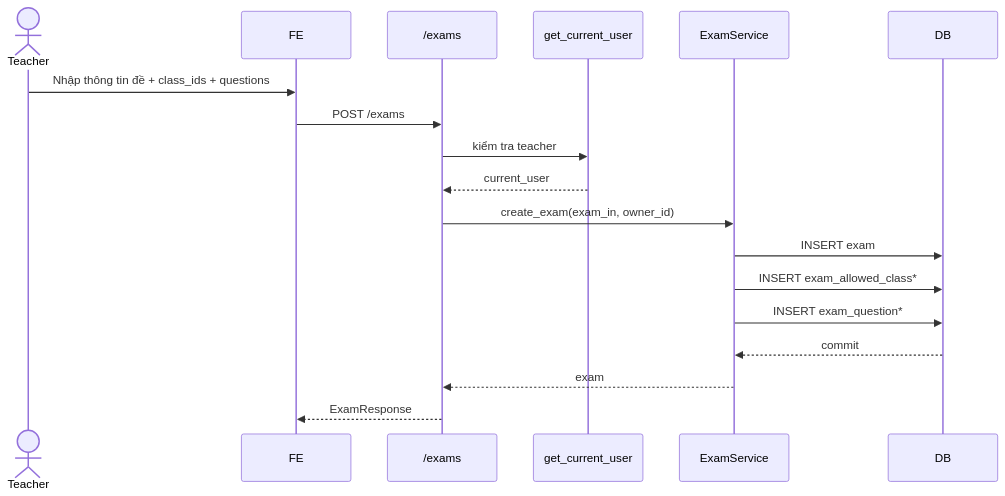
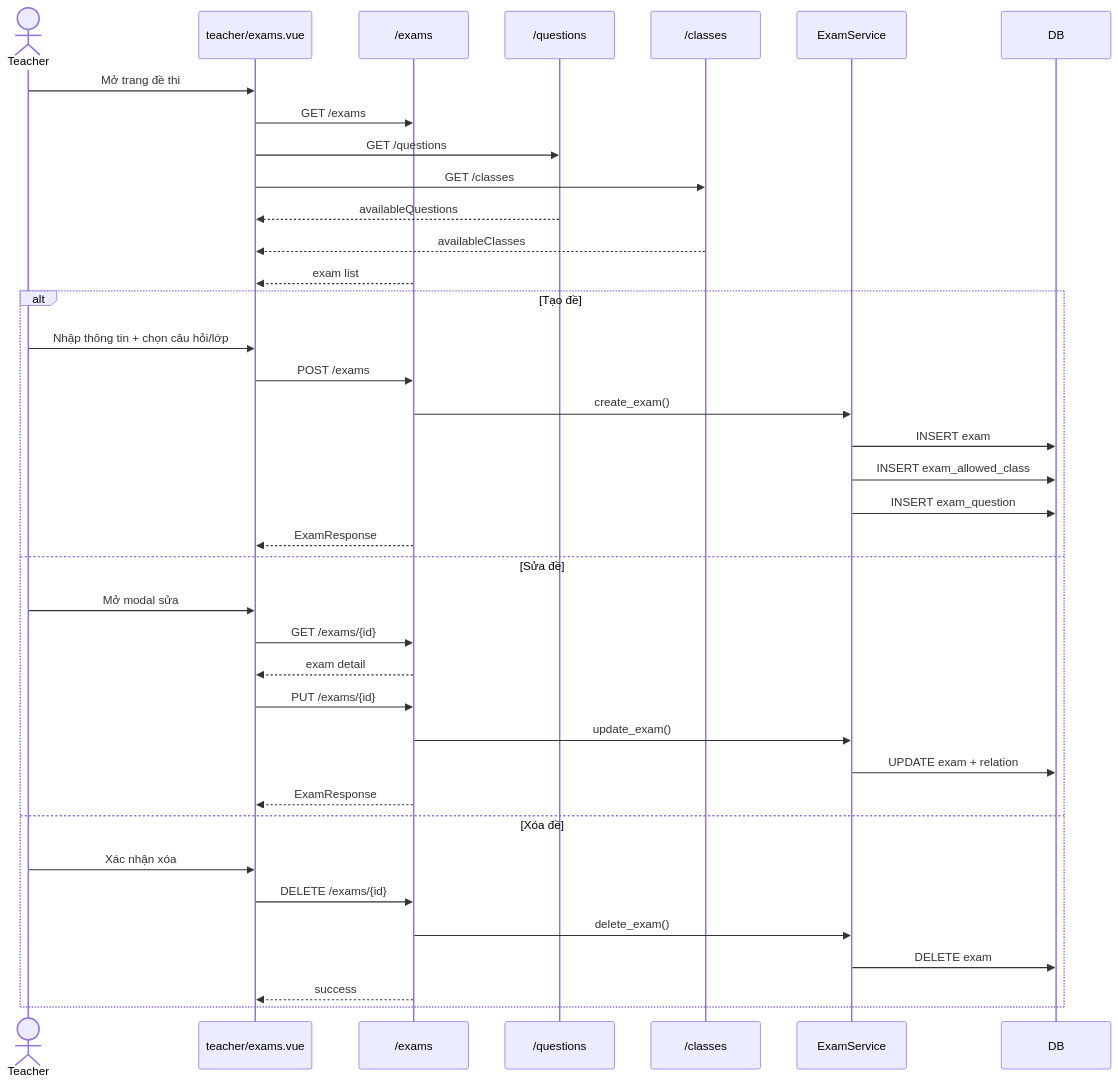
Before and after one commit to Tedomi2525/My_project: diagram 12 of 16 in docs/UML.md, drawn with Mermaid. The commit also changed other lines of this file, not shown here.

````diff
--- a/docs/UML.md
+++ b/docs/UML.md
@@ -428,21 +652,42 @@
 ```mermaid
 sequenceDiagram
 actor Teacher
-participant FE
+participant ExamPage as teacher/exams.vue
 participant ExamAPI as /exams
-participant Dep as get_current_user
+participant QuestionAPI as /questions
+participant ClassAPI as /classes
 participant ExamService
 participant DB
 
-Teacher->>FE: Nhập thông tin đề + class_ids + questions
-FE->>ExamAPI: POST /exams
-ExamAPI->>Dep: kiểm tra teacher
-Dep-->>ExamAPI: current_user
-ExamAPI->>ExamService: create_exam(exam_in, owner_id)
-ExamService->>DB: INSERT exam
-ExamService->>DB: INSERT exam_allowed_class*
-ExamService->>DB: INSERT exam_question*
-DB-->>ExamService: commit
-ExamService-->>ExamAPI: exam
-ExamAPI-->>FE: ExamResponse
+Teacher->>ExamPage: Mở trang đề thi
+ExamPage->>ExamAPI: GET /exams
+ExamPage->>QuestionAPI: GET /questions
+ExamPage->>ClassAPI: GET /classes
+QuestionAPI-->>ExamPage: availableQuestions
+ClassAPI-->>ExamPage: availableClasses
+ExamAPI-->>ExamPage: exam list
+
+alt Tạo đề
+  Teacher->>ExamPage: Nhập thông tin + chọn câu hỏi/lớp
+  ExamPage->>ExamAPI: POST /exams
+  ExamAPI->>ExamService: create_exam()
+  ExamService->>DB: INSERT exam
+  ExamService->>DB: INSERT exam_allowed_class
+  ExamService->>DB: INSERT exam_question
+  ExamAPI-->>ExamPage: ExamResponse
+else Sửa đề
+  Teacher->>ExamPage: Mở modal sửa
+  ExamPage->>ExamAPI: GET /exams/{id}
+  ExamAPI-->>ExamPage: exam detail
+  ExamPage->>ExamAPI: PUT /exams/{id}
+  ExamAPI->>ExamService: update_exam()
+  ExamService->>DB: UPDATE exam + relation
+  ExamAPI-->>ExamPage: ExamResponse
+else Xóa đề
+  Teacher->>ExamPage: Xác nhận xóa
+  ExamPage->>ExamAPI: DELETE /exams/{id}
+  ExamAPI->>ExamService: delete_exam()
+  ExamService->>DB: DELETE exam
+  ExamAPI-->>ExamPage: success
+end
 ```
````
